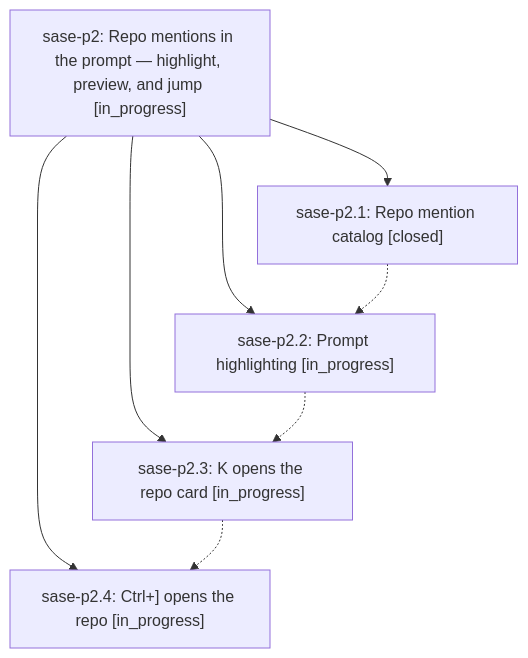
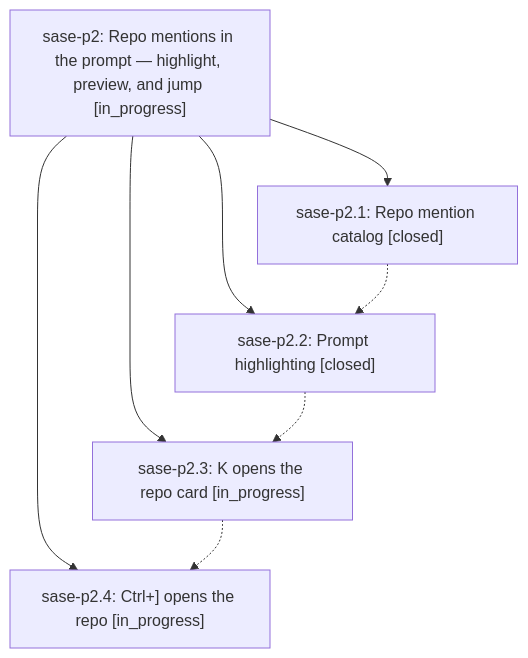
Before and after one commit to sase-org/sase--beads: the diagram in pages/sase-p2/README.md, drawn with Mermaid. The commit also changed other lines of this file and 3 other files, not shown here.

````diff
--- a/pages/sase-p2/README.md
+++ b/pages/sase-p2/README.md
@@ -25,15 +25,15 @@
 ```mermaid
 flowchart TD
     n0["sase-p2: Repo mentions in the prompt — highlight, preview, and jump [in_progress]"]
     n1["sase-p2.1: Repo mention catalog [closed]"]
-    n2["sase-p2.2: Prompt highlighting [in_progress]"]
+    n2["sase-p2.2: Prompt highlighting [closed]"]
     n3["sase-p2.3: K opens the repo card [in_progress]"]
     n4["sase-p2.4: Ctrl+] opens the repo [in_progress]"]
     n0 --> n1
     n0 --> n2
     n0 --> n3
     n0 --> n4
     n1 -.-> n2
     n2 -.-> n3
     n3 -.-> n4
 ```
````
